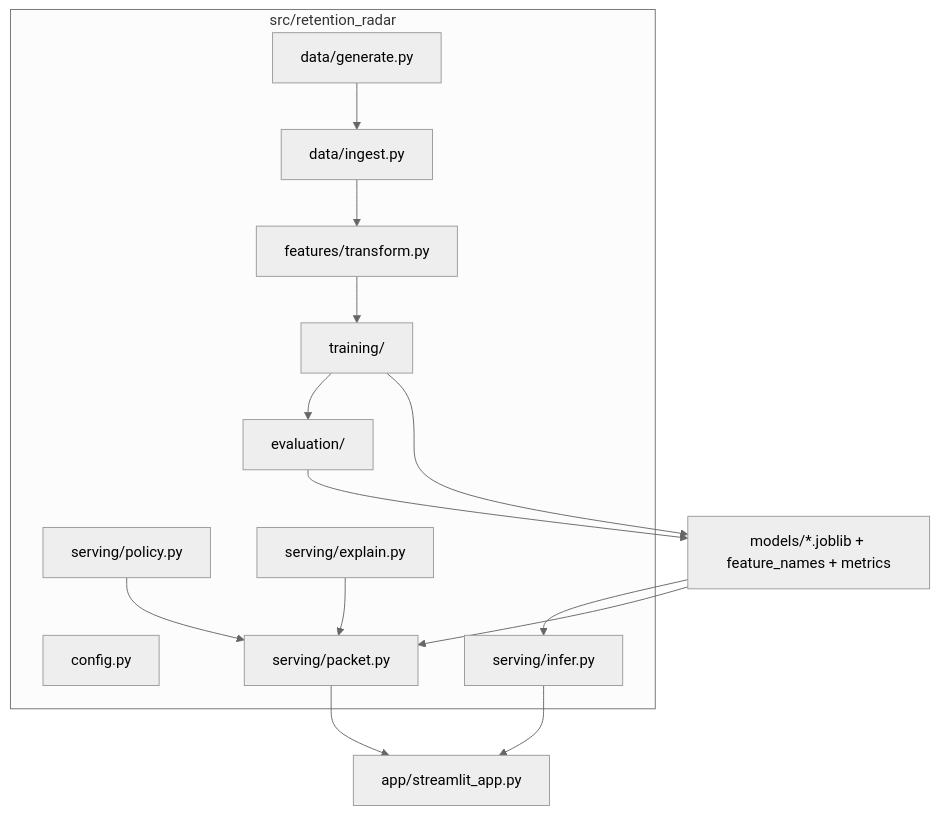
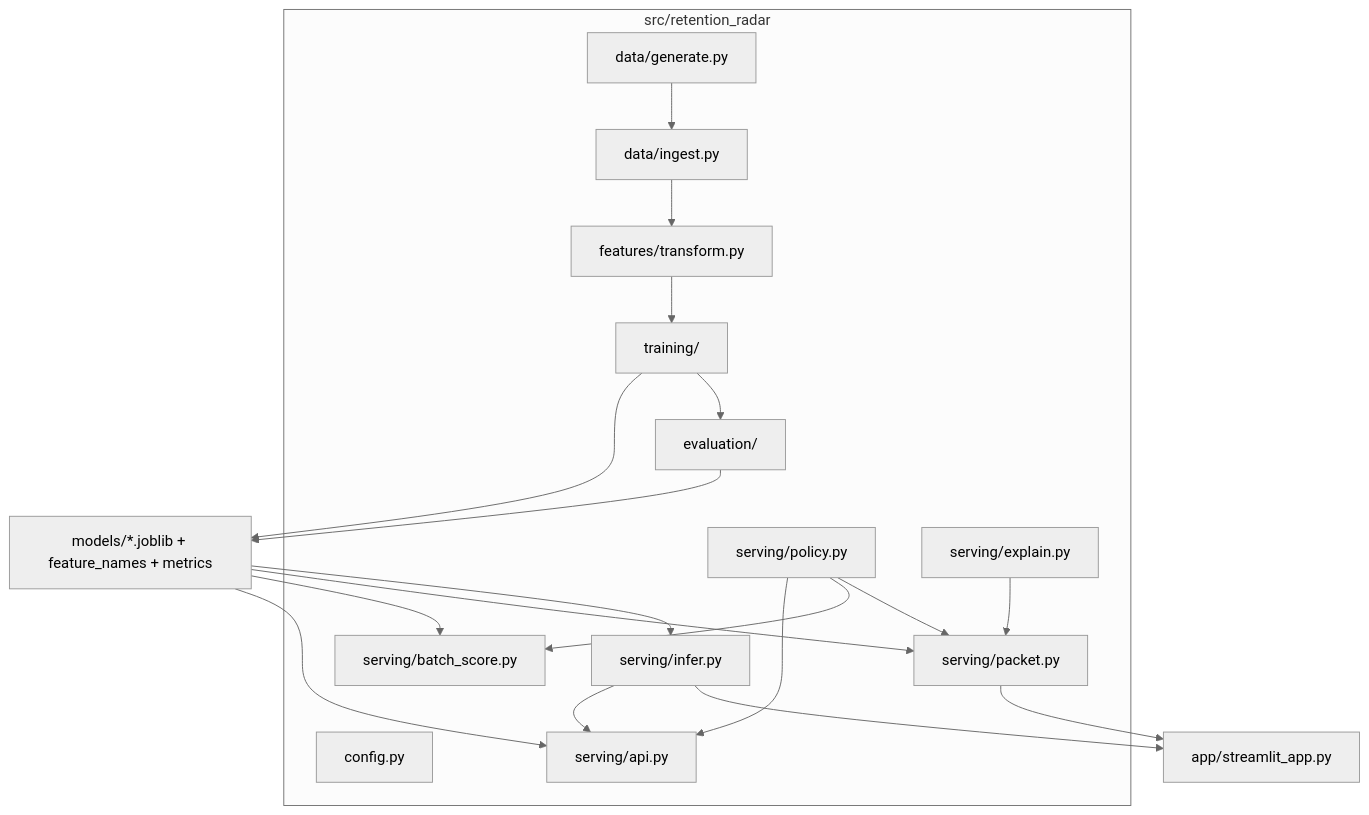
One commit to santoshshinde2012/retention-radar changed the third of 3 diagrams in docs/ARCHITECTURE.md. Above: the diagram before and after it, drawn with Mermaid (neutral theme). The commit also changed other lines of this file and 23 other files, not shown here.

First line of the commit message:
feat: FOSS production-shaped path (batch score, HITL log, thin FastAPI) (#12)

````diff
--- a/docs/ARCHITECTURE.md
+++ b/docs/ARCHITECTURE.md
@@ -64,24 +64,31 @@
 ```mermaid
 flowchart TB
   subgraph src_mods ["src/retention_radar"]
     CFG2["config.py"]
     GEN["data/generate.py"]
     ING["data/ingest.py"]
     FEA["features/transform.py"]
     TRN["training/"]
     EVA["evaluation/"]
     INF2["serving/infer.py"]
     SR["serving/packet.py"]
+    BS["serving/batch_score.py"]
+    API["serving/api.py"]
     POL["serving/policy.py"]
     EXP["serving/explain.py"]
   end
   GEN --> ING --> FEA --> TRN --> EVA
   TRN --> MOD["models/*.joblib + feature_names + metrics"]
   EVA --> MOD
   MOD --> INF2
   MOD --> SR
+  MOD --> BS
+  MOD --> API
   EXP --> SR
   POL --> SR
+  POL --> BS
+  POL --> API
   SR --> APP["app/streamlit_app.py"]
   INF2 --> APP
+  INF2 --> API
 ```
````
